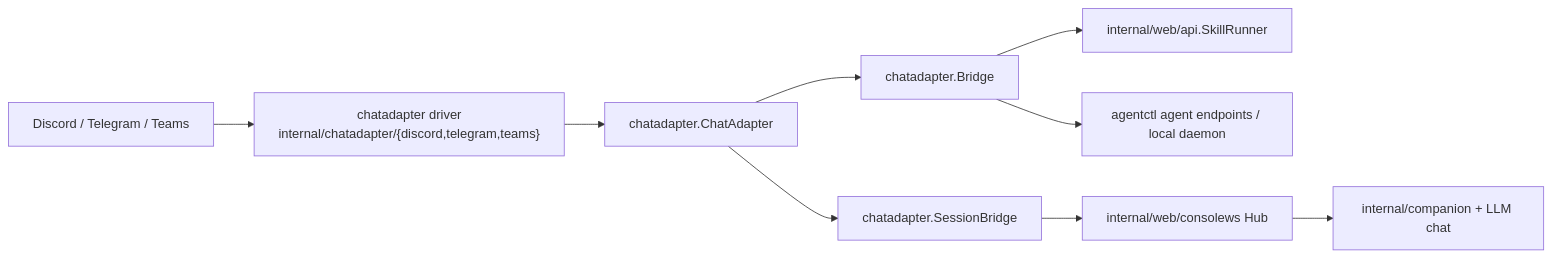
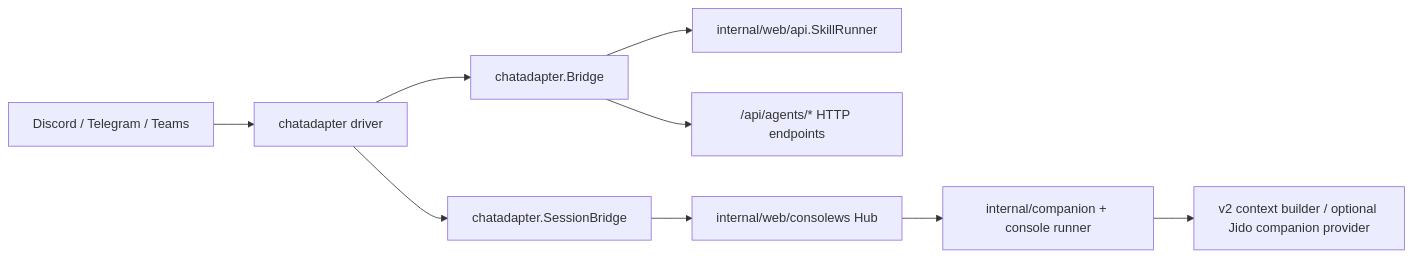
The diagram in docs/architecture/chat-platform-adapter.md (joshka0/foxctl), drawn with Mermaid before and after one commit. The commit also changed other lines of this file and 363 other files, not shown here.

````diff
--- a/docs/architecture/chat-platform-adapter.md
+++ b/docs/architecture/chat-platform-adapter.md
@@ -15,11 +24,11 @@
 ```mermaid
 flowchart LR
-    Platform["Discord / Telegram / Teams"] --> PlatformDriver
-    PlatformDriver["chatadapter driver\ninternal/chatadapter/{discord,telegram,teams}"] --> ChatAdapterAPI["chatadapter.ChatAdapter"]
-    ChatAdapterAPI --> Bridge["chatadapter.Bridge"]
-    ChatAdapterAPI --> SessionBridge["chatadapter.SessionBridge"]
+    Platform["Discord / Telegram / Teams"] --> Driver["chatadapter driver"]
+    Driver --> Bridge["chatadapter.Bridge"]
+    Driver --> SessionBridge["chatadapter.SessionBridge"]
     Bridge --> SkillRunner["internal/web/api.SkillRunner"]
-    Bridge --> DaemonAPI["agentctl agent endpoints / local daemon"]
+    Bridge --> AgentsAPI["/api/agents/* HTTP endpoints"]
     SessionBridge --> ConsoleHub["internal/web/consolews Hub"]
-    ConsoleHub --> CompanionEngine["internal/companion + LLM chat"]
+    ConsoleHub --> Companion["internal/companion + console runner"]
+    Companion --> Context["v2 context builder / optional Jido companion provider"]
 ```
````
